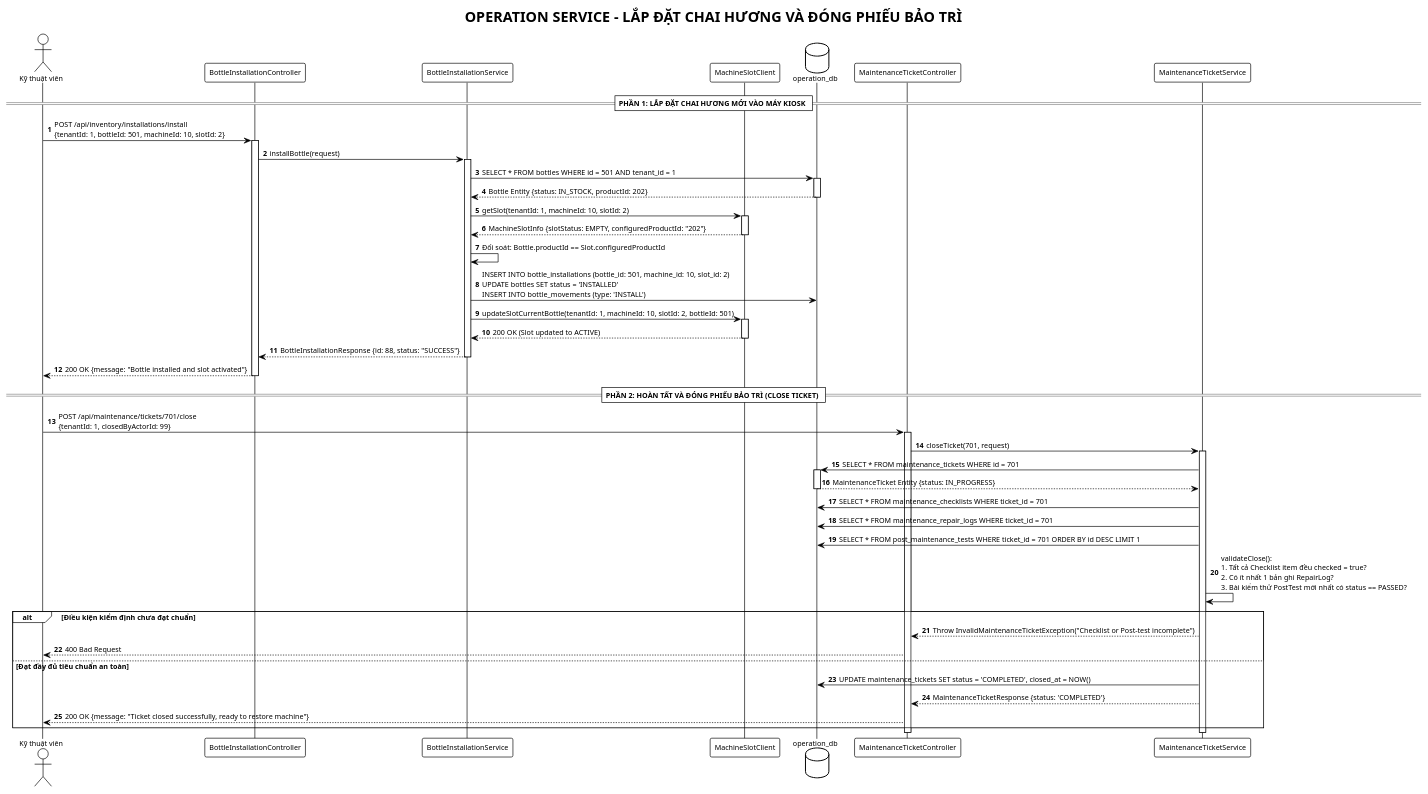
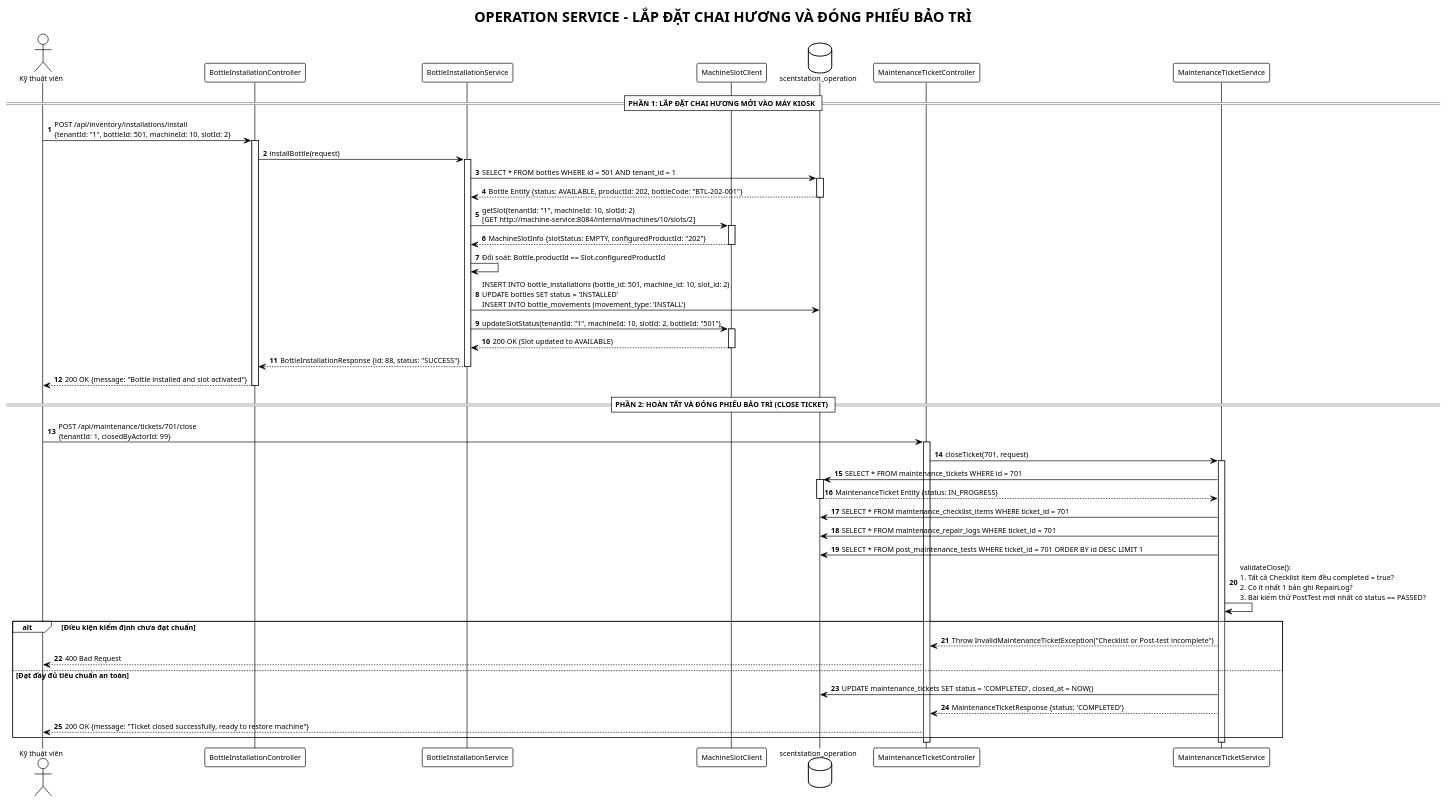
One commit to phuoc523/reportDevelopingOOPsoftware changed the diagram in architecture/operation-service/sequence-diagram.puml. Above: the diagram before and after it, drawn with PlantUML. The commit also changed 13 other files, not shown here.

Commit message:
update architecture

```diff
--- a/architecture/operation-service/sequence-diagram.puml
+++ b/architecture/operation-service/sequence-diagram.puml
@@ -1,77 +1,77 @@
 @startuml operation-sequence-diagram
 !theme plain
 autonumber
 skinparam responseMessageBelowArrow true
 skinparam defaultFontName Arial
 skinparam defaultFontSize 11
 
 title OPERATION SERVICE - LẮP ĐẶT CHAI HƯƠNG VÀ ĐÓNG PHIẾU BẢO TRÌ
 
 actor "Kỹ thuật viên" as Tech
 participant "BottleInstallationController" as BottleCtrl
 participant "BottleInstallationService" as InstallSvc
 participant "MachineSlotClient" as MachineClient
-database "operation_db" as DB
+database "scentstation_operation" as DB
 participant "MaintenanceTicketController" as TicketCtrl
 participant "MaintenanceTicketService" as TicketSvc
 
 == PHẦN 1: LẮP ĐẶT CHAI HƯƠNG MỚI VÀO MÁY KIOSK ==
-Tech -> BottleCtrl: POST /api/inventory/installations/install\n{tenantId: 1, bottleId: 501, machineId: 10, slotId: 2}
+Tech -> BottleCtrl: POST /api/inventory/installations/install\n{tenantId: "1", bottleId: 501, machineId: 10, slotId: 2}
 activate BottleCtrl
 
 BottleCtrl -> InstallSvc: installBottle(request)
 activate InstallSvc
 
 InstallSvc -> DB: SELECT * FROM bottles WHERE id = 501 AND tenant_id = 1
 activate DB
-DB --> InstallSvc: Bottle Entity {status: IN_STOCK, productId: 202}
+DB --> InstallSvc: Bottle Entity {status: AVAILABLE, productId: 202, bottleCode: "BTL-202-001"}
 deactivate DB
 
-InstallSvc -> MachineClient: getSlot(tenantId: 1, machineId: 10, slotId: 2)
+InstallSvc -> MachineClient: getSlot(tenantId: "1", machineId: 10, slotId: 2)\n[GET http://machine-service:8084/internal/machines/10/slots/2]
 activate MachineClient
 MachineClient --> InstallSvc: MachineSlotInfo {slotStatus: EMPTY, configuredProductId: "202"}
 deactivate MachineClient
 
 InstallSvc -> InstallSvc: Đối soát: Bottle.productId == Slot.configuredProductId
-InstallSvc -> DB: INSERT INTO bottle_installations (bottle_id: 501, machine_id: 10, slot_id: 2)\nUPDATE bottles SET status = 'INSTALLED'\nINSERT INTO bottle_movements (type: 'INSTALL')
+InstallSvc -> DB: INSERT INTO bottle_installations (bottle_id: 501, machine_id: 10, slot_id: 2)\nUPDATE bottles SET status = 'INSTALLED'\nINSERT INTO bottle_movements (movement_type: 'INSTALL')
 
-InstallSvc -> MachineClient: updateSlotCurrentBottle(tenantId: 1, machineId: 10, slotId: 2, bottleId: 501)
+InstallSvc -> MachineClient: updateSlotStatus(tenantId: "1", machineId: 10, slotId: 2, bottleId: "501")
 activate MachineClient
-MachineClient --> InstallSvc: 200 OK (Slot updated to ACTIVE)
+MachineClient --> InstallSvc: 200 OK (Slot updated to AVAILABLE)
 deactivate MachineClient
 
 InstallSvc --> BottleCtrl: BottleInstallationResponse {id: 88, status: "SUCCESS"}
 deactivate InstallSvc
 BottleCtrl --> Tech: 200 OK {message: "Bottle installed and slot activated"}
 deactivate BottleCtrl
 
 == PHẦN 2: HOÀN TẤT VÀ ĐÓNG PHIẾU BẢO TRÌ (CLOSE TICKET) ==
 Tech -> TicketCtrl: POST /api/maintenance/tickets/701/close\n{tenantId: 1, closedByActorId: 99}
 activate TicketCtrl
 
 TicketCtrl -> TicketSvc: closeTicket(701, request)
 activate TicketSvc
 
 TicketSvc -> DB: SELECT * FROM maintenance_tickets WHERE id = 701
 activate DB
 DB --> TicketSvc: MaintenanceTicket Entity {status: IN_PROGRESS}
 deactivate DB
 
-TicketSvc -> DB: SELECT * FROM maintenance_checklists WHERE ticket_id = 701
+TicketSvc -> DB: SELECT * FROM maintenance_checklist_items WHERE ticket_id = 701
 TicketSvc -> DB: SELECT * FROM maintenance_repair_logs WHERE ticket_id = 701
 TicketSvc -> DB: SELECT * FROM post_maintenance_tests WHERE ticket_id = 701 ORDER BY id DESC LIMIT 1
 
-TicketSvc -> TicketSvc: validateClose():\n1. Tất cả Checklist item đều checked = true?\n2. Có ít nhất 1 bản ghi RepairLog?\n3. Bài kiểm thử PostTest mới nhất có status == PASSED?
+TicketSvc -> TicketSvc: validateClose():\n1. Tất cả Checklist item đều completed = true?\n2. Có ít nhất 1 bản ghi RepairLog?\n3. Bài kiểm thử PostTest mới nhất có status == PASSED?
 
 alt Điều kiện kiểm định chưa đạt chuẩn
     TicketSvc --> TicketCtrl: Throw InvalidMaintenanceTicketException("Checklist or Post-test incomplete")
     TicketCtrl --> Tech: 400 Bad Request
 else Đạt đầy đủ tiêu chuẩn an toàn
     TicketSvc -> DB: UPDATE maintenance_tickets SET status = 'COMPLETED', closed_at = NOW()
     TicketSvc --> TicketCtrl: MaintenanceTicketResponse {status: 'COMPLETED'}
     TicketCtrl --> Tech: 200 OK {message: "Ticket closed successfully, ready to restore machine"}
 end
 deactivate TicketSvc
 deactivate TicketCtrl
 
 @enduml
```
